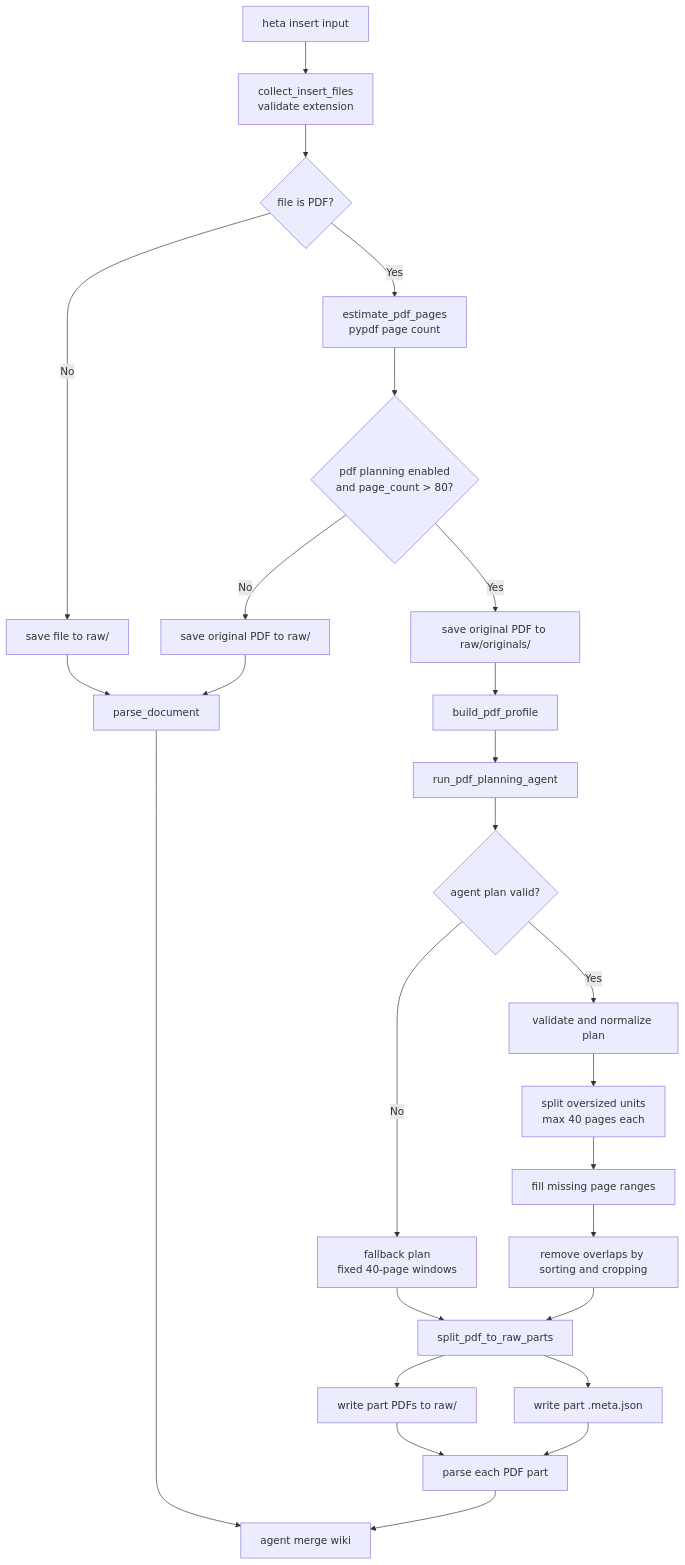
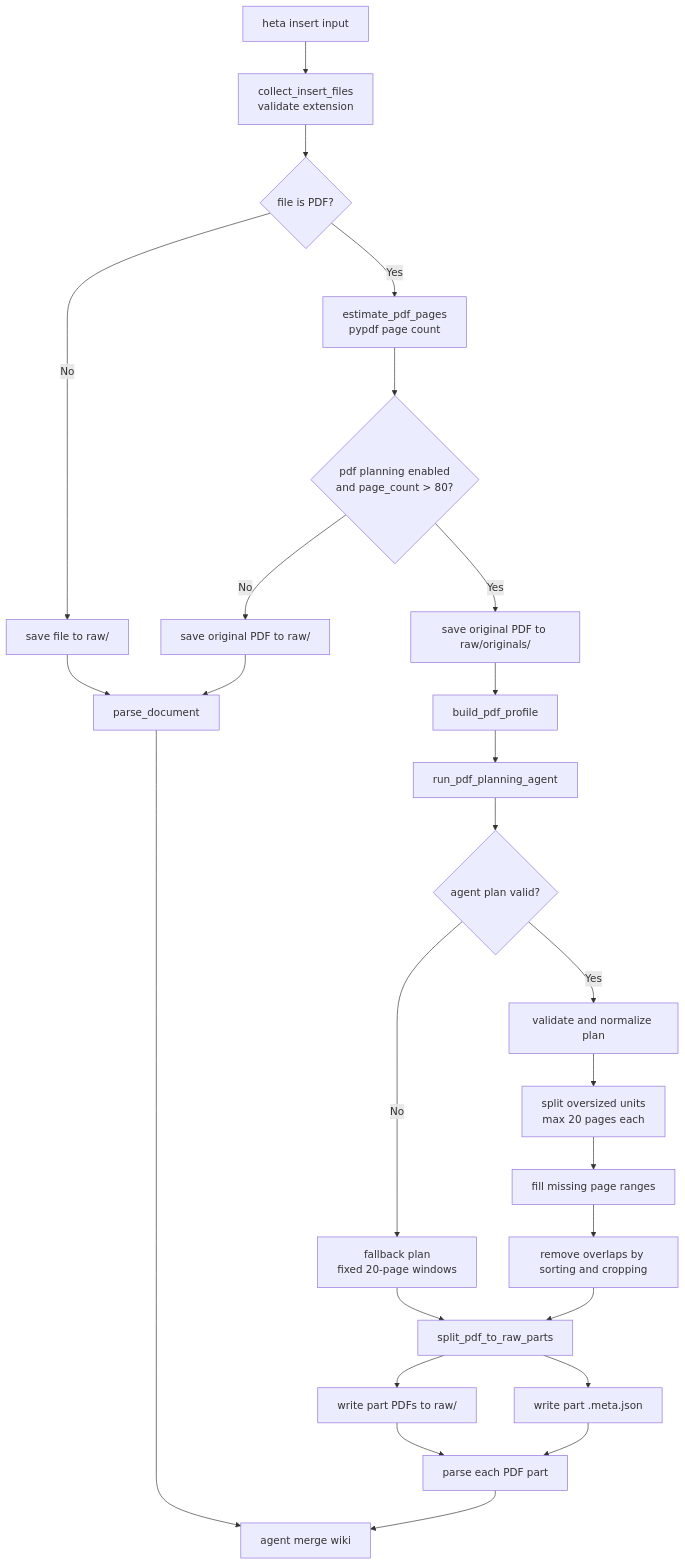
Before and after one commit to KnowledgeXLab/Little_Heta: the first of 2 diagrams in docs/technical-explanation/pdf_planning_agent_flow.md, drawn with Mermaid. The commit also changed other lines of this file and 6 other files, not shown here.

````diff
--- a/docs/technical-explanation/pdf_planning_agent_flow.md
+++ b/docs/technical-explanation/pdf_planning_agent_flow.md
@@ -9,36 +9,36 @@
 ```mermaid
 flowchart TD
     A["heta insert input"] --> B["collect_insert_files<br/>validate extension"]
     B --> C{"file is PDF?"}
 
     C -->|No| D["save file to raw/"]
     D --> E["parse_document"]
     E --> Z["agent merge wiki"]
 
     C -->|Yes| F["estimate_pdf_pages<br/>pypdf page count"]
     F --> G{"pdf planning enabled<br/>and page_count > 80?"}
 
     G -->|No| H["save original PDF to raw/"]
     H --> E
 
     G -->|Yes| I["save original PDF to raw/originals/"]
     I --> J["build_pdf_profile"]
     J --> K["run_pdf_planning_agent"]
     K --> L{"agent plan valid?"}
 
-    L -->|No| M["fallback plan<br/>fixed 40-page windows"]
+    L -->|No| M["fallback plan<br/>fixed 20-page windows"]
     L -->|Yes| N["validate and normalize plan"]
 
-    N --> O["split oversized units<br/>max 40 pages each"]
+    N --> O["split oversized units<br/>max 20 pages each"]
     O --> P["fill missing page ranges"]
     P --> Q["remove overlaps by sorting and cropping"]
 
     M --> R["split_pdf_to_raw_parts"]
     Q --> R
 
     R --> S["write part PDFs to raw/"]
     R --> T["write part .meta.json"]
     S --> U["parse each PDF part"]
     T --> U
     U --> Z
 ```
````
